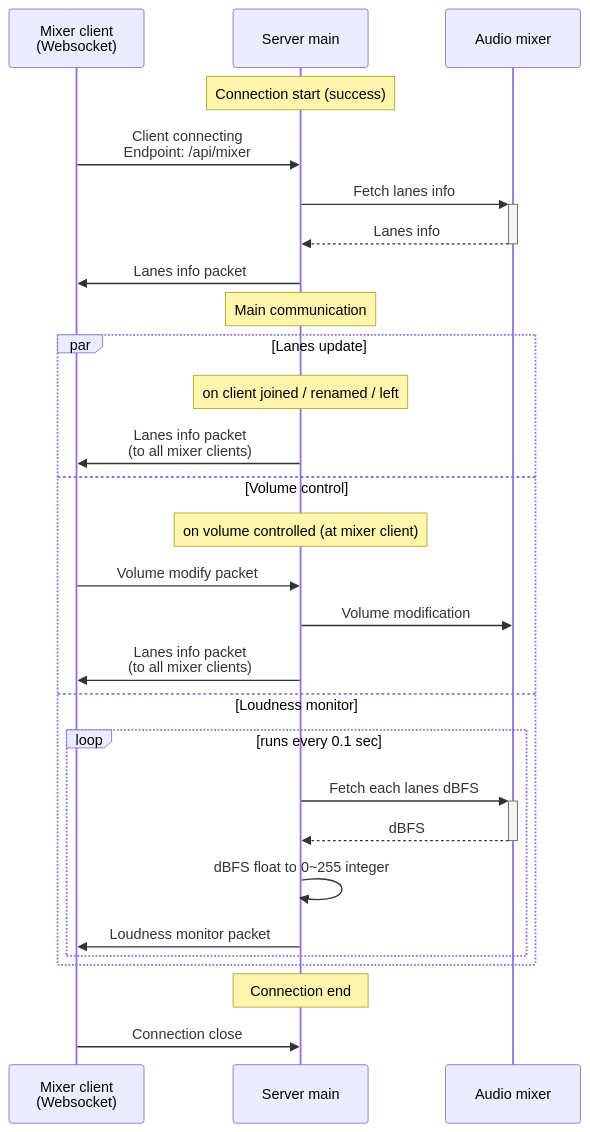
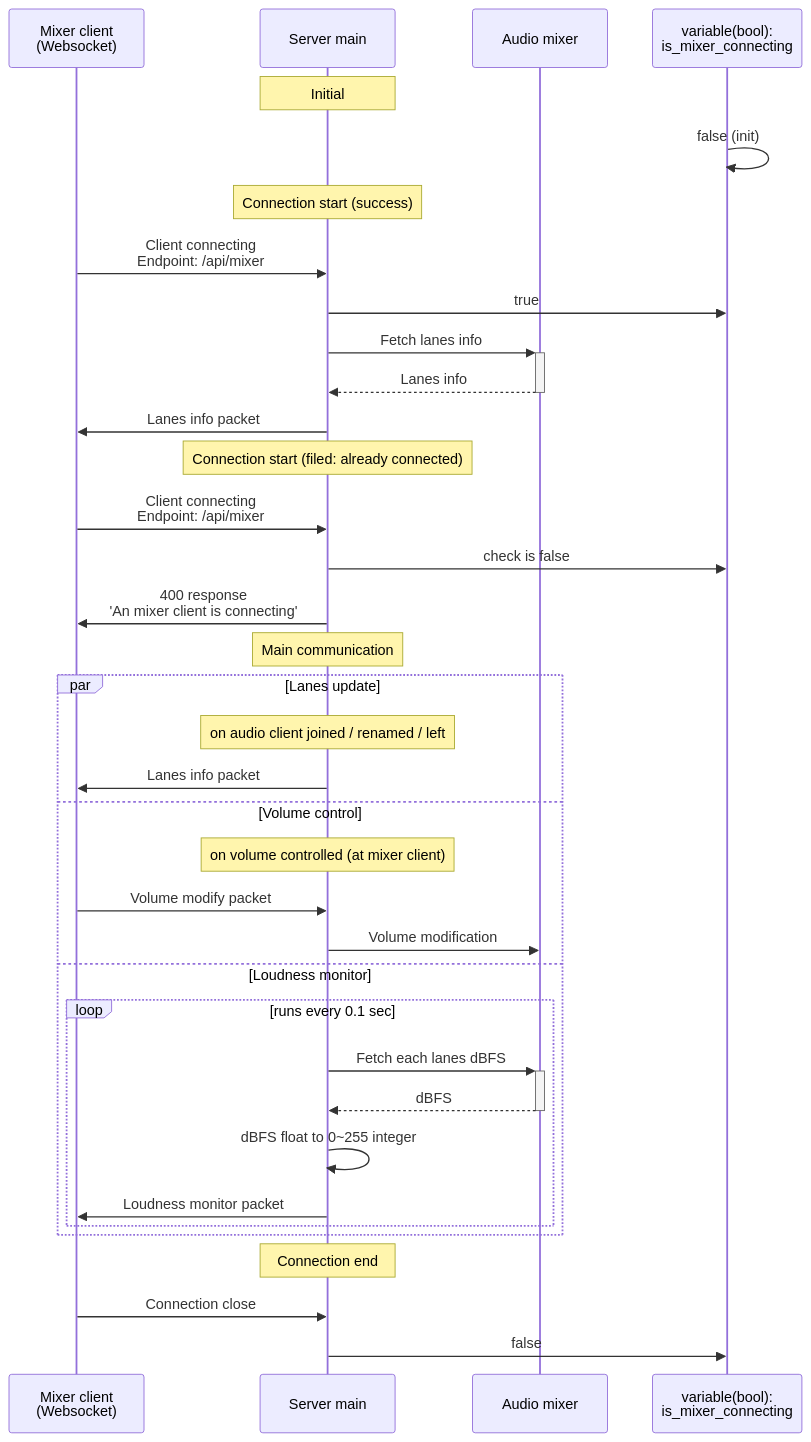
Before and after one commit to aKuad/web-intercom: the second of 2 diagrams in designs/server-sequence.md, drawn with Mermaid.

Commit message:
Mod: Mixer client connecting flag add - is updated server sequence

````diff
--- a/designs/server-sequence.md
+++ b/designs/server-sequence.md
@@ -30,33 +30,43 @@
 ```mermaid
 sequenceDiagram
   participant WSM as Mixer client<br>(Websocket)
   participant S as Server main
   participant AM as Audio mixer
+  participant VC as variable(bool):<br>is_mixer_connecting
+
+  Note over S: Initial
+  VC->>VC: false (init)
 
   Note over S: Connection start (success)
   WSM->>S: Client connecting<br>Endpoint: /api/mixer
+  S->>VC: true
   S->>+AM: Fetch lanes info
   AM-->>-S: Lanes info
   S->>WSM: Lanes info packet
 
+  Note over S: Connection start (filed: already connected)
+  WSM->>S: Client connecting<br>Endpoint: /api/mixer
+  S->>VC: check is false
+  S->>WSM: 400 response<br>'An mixer client is connecting'
+
   Note over S: Main communication
   par Lanes update
-    Note over S: on client joined / renamed / left
-    S->>WSM: Lanes info packet<br>(to all mixer clients)
+    Note over S: on audio client joined / renamed / left
+    S->>WSM: Lanes info packet
   and Volume control
     Note over S: on volume controlled (at mixer client)
     WSM->>S: Volume modify packet
     S->>AM: Volume modification
-    S->>WSM: Lanes info packet<br>(to all mixer clients)
   and Loudness monitor
     loop runs every 0.1 sec
       S->>+AM: Fetch each lanes dBFS
       AM-->>-S: dBFS
       S->>S: dBFS float to 0~255 integer
       S->>WSM: Loudness monitor packet
     end
   end
 
   Note over S: Connection end
   WSM->>S: Connection close
+  S->>VC: false
 ```
````
